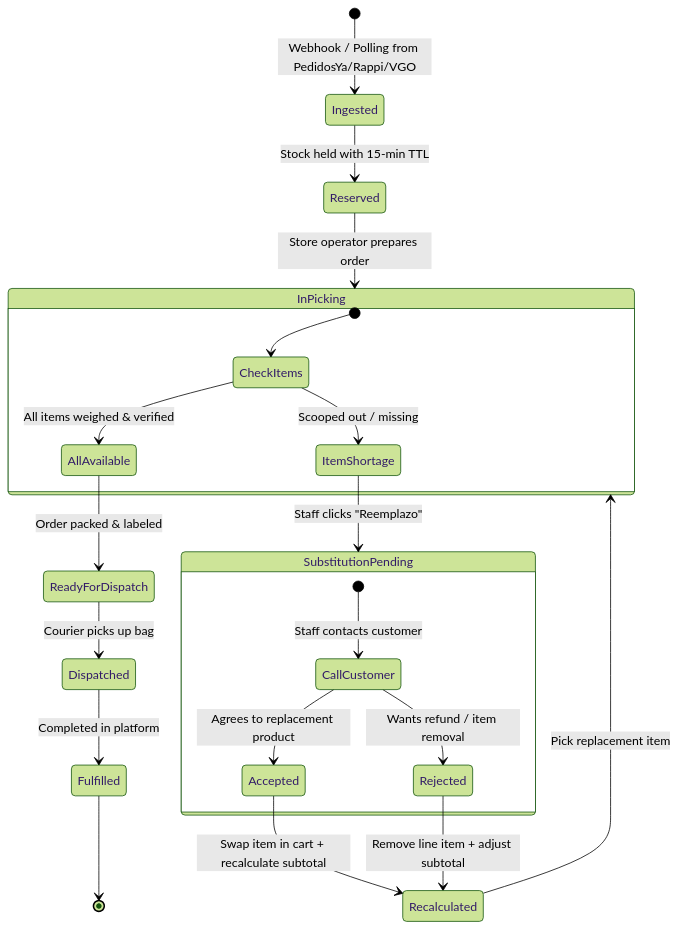
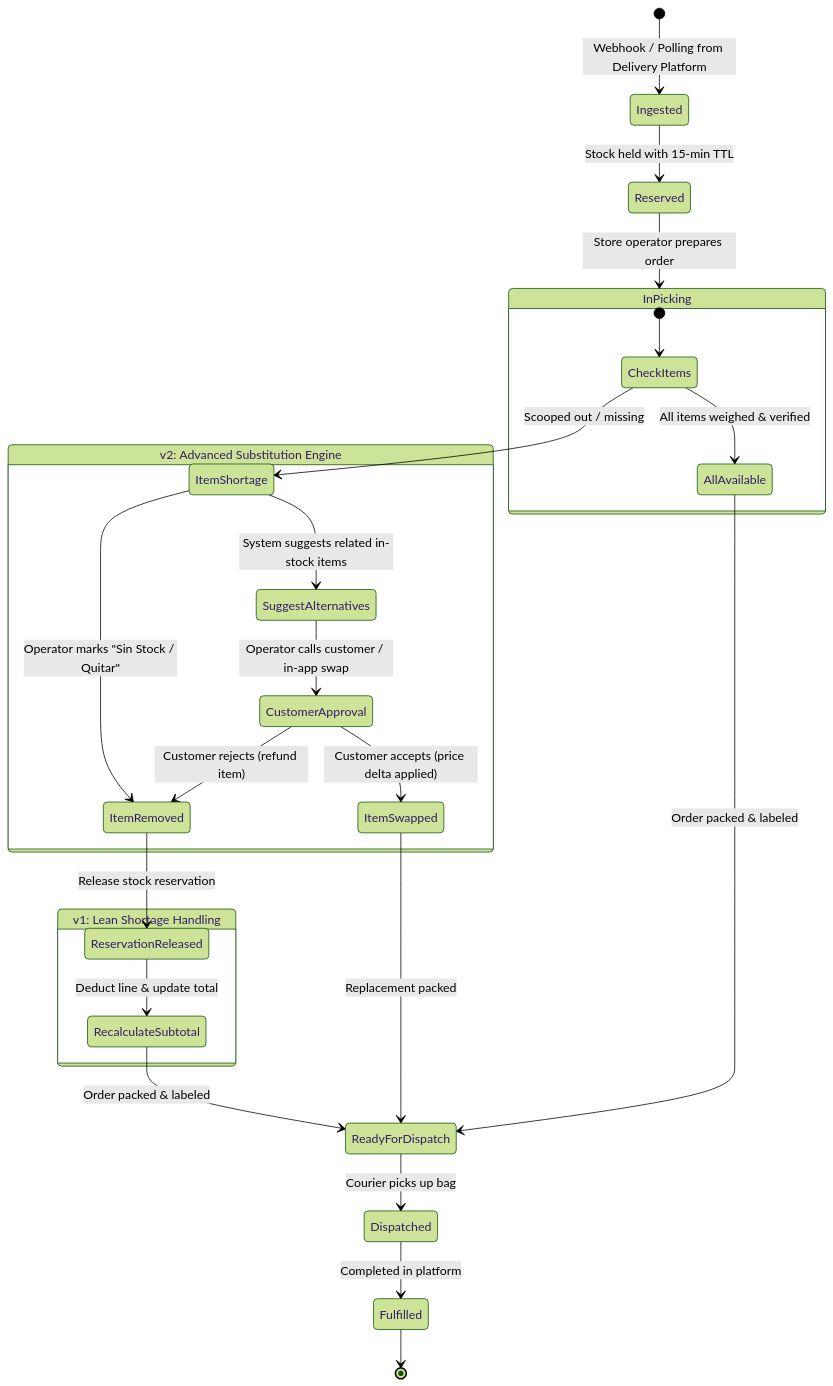
One commit to brianmatozo/vit-try2 changed the second of 2 diagrams in SPECIFICATION.md. Above: the diagram before and after it, drawn with Mermaid (forest theme). The commit also changed other lines of this file and 16 other files, not shown here.

````diff
--- a/SPECIFICATION.md
+++ b/SPECIFICATION.md
@@ -261,29 +283,32 @@
 ```mermaid
 stateDiagram-v2
-    [*] --> Ingested: Webhook / Polling from PedidosYa/Rappi/VGO
+    [*] --> Ingested: Webhook / Polling from Delivery Platform
     Ingested --> Reserved: Stock held with 15-min TTL
     Reserved --> InPicking: Store operator prepares order
 
     state InPicking {
         [*] --> CheckItems
         CheckItems --> AllAvailable: All items weighed & verified
         CheckItems --> ItemShortage: Scooped out / missing
     }
 
-    ItemShortage --> SubstitutionPending: Staff clicks "Reemplazo"
-    
-    state SubstitutionPending {
-        [*] --> CallCustomer: Staff contacts customer
-        CallCustomer --> Accepted: Agrees to replacement product
-        CallCustomer --> Rejected: Wants refund / item removal
+    state "v1: Lean Shortage Handling" as V1 {
+        ItemShortage --> ItemRemoved: Operator marks "Sin Stock / Quitar"
+        ItemRemoved --> ReservationReleased: Release stock reservation
+        ReservationReleased --> RecalculateSubtotal: Deduct line & update total
     }
 
-    Accepted --> Recalculated: Swap item in cart + recalculate subtotal
-    Rejected --> Recalculated: Remove line item + adjust subtotal
+    state "v2: Advanced Substitution Engine" as V2 {
+        ItemShortage --> SuggestAlternatives: System suggests related in-stock items
+        SuggestAlternatives --> CustomerApproval: Operator calls customer / in-app swap
+        CustomerApproval --> ItemSwapped: Customer accepts (price delta applied)
+        CustomerApproval --> ItemRemoved: Customer rejects (refund item)
+    }
 
-    Recalculated --> InPicking: Pick replacement item
+    RecalculateSubtotal --> ReadyForDispatch: Order packed & labeled
+    ItemSwapped --> ReadyForDispatch: Replacement packed
     AllAvailable --> ReadyForDispatch: Order packed & labeled
     ReadyForDispatch --> Dispatched: Courier picks up bag
     Dispatched --> Fulfilled: Completed in platform
     Fulfilled --> [*]
 ```
````
